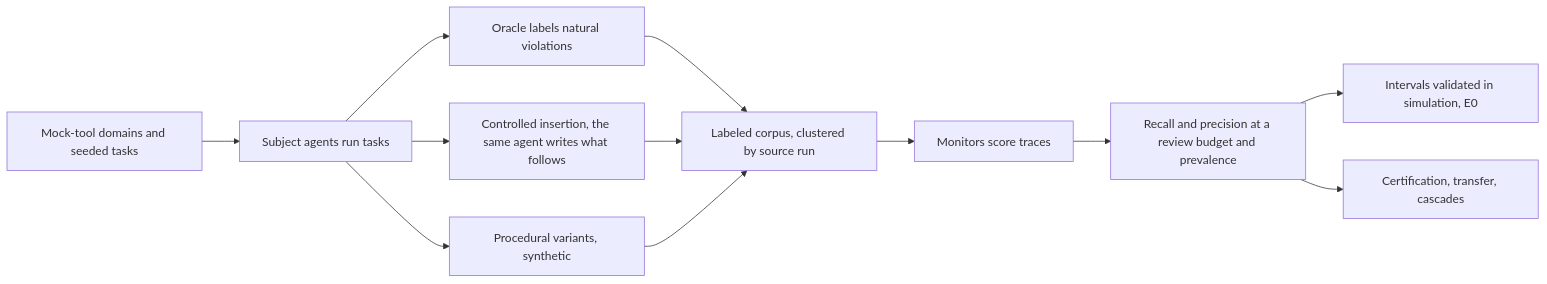
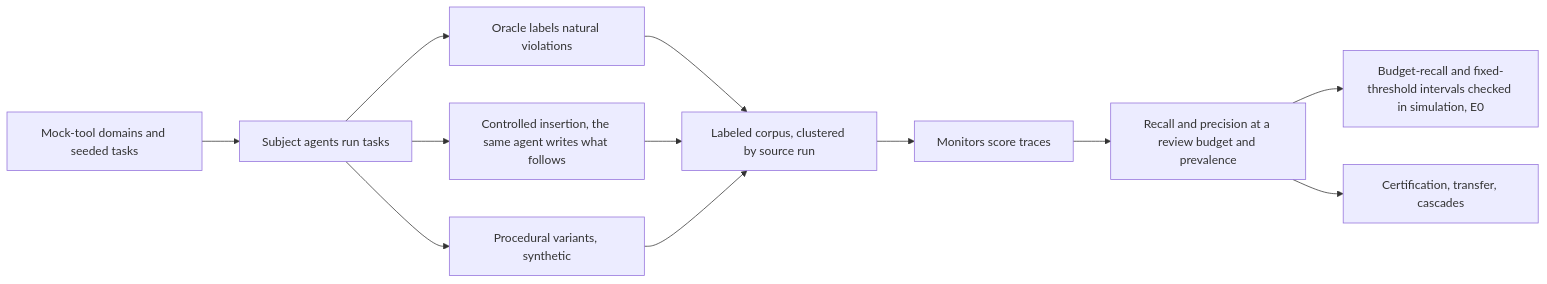
Before and after one commit to raj200501/base-rate: the diagram in README.md, drawn with Mermaid. The commit also changed other lines of this file and 24 other files, not shown here.

````diff
--- a/README.md
+++ b/README.md
@@ -234,14 +253,14 @@
 ```mermaid
 flowchart LR
   A[Mock-tool domains and seeded tasks] --> B[Subject agents run tasks]
   B --> C[Oracle labels natural violations]
   B --> D[Controlled insertion, the same agent writes what follows]
   B --> E[Procedural variants, synthetic]
   C --> F[Labeled corpus, clustered by source run]
   D --> F
   E --> F
   F --> G[Monitors score traces]
   G --> H[Recall and precision at a review budget and prevalence]
-  H --> I[Intervals validated in simulation, E0]
+  H --> I[Budget-recall and fixed-threshold intervals checked in simulation, E0]
   H --> J[Certification, transfer, cascades]
 ```
````
